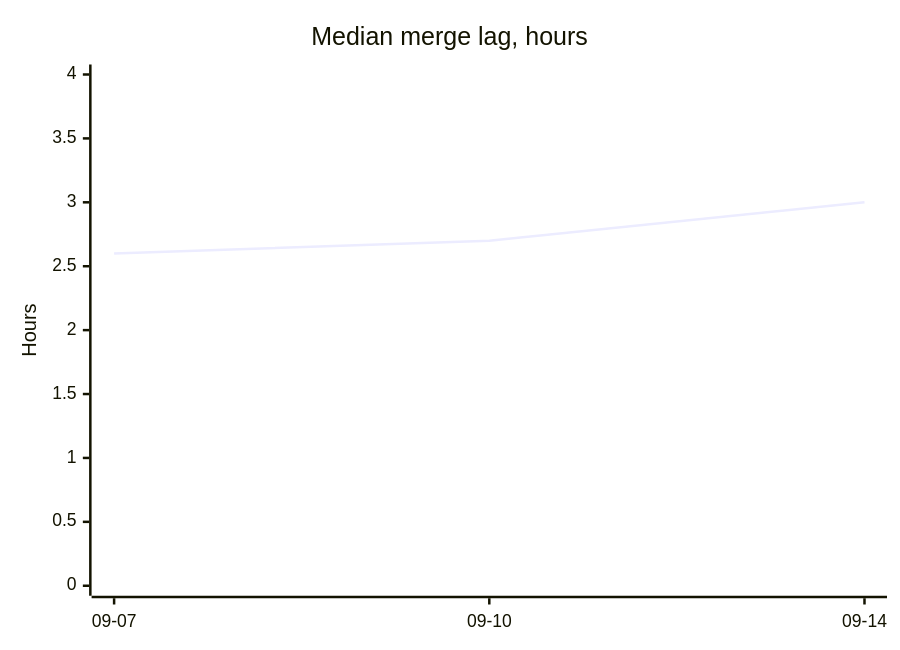
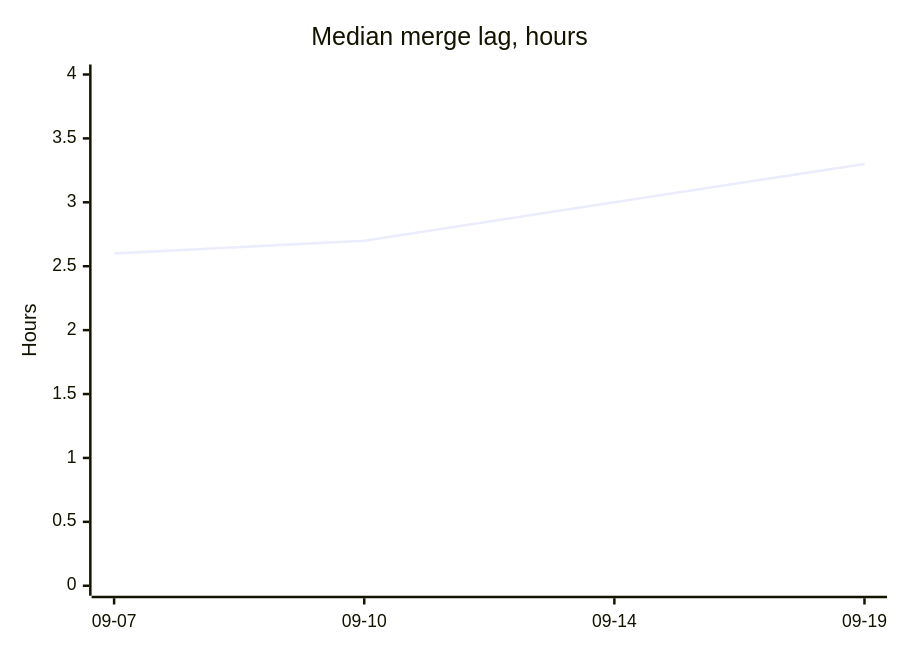
One commit to EY3G0R3/bernstein changed the second of 3 diagrams in project-pulse.md. Above: the diagram before and after it, drawn with Mermaid. The commit also changed other lines of this file and 4 other files, not shown here.

````diff
--- a/project-pulse.md
+++ b/project-pulse.md
@@ -26,7 +26,7 @@
 ```mermaid
 xychart-beta
     title "Median merge lag, hours"
-    x-axis ["09-07", "09-10", "09-14"]
+    x-axis ["09-07", "09-10", "09-14", "09-19"]
     y-axis "Hours" 0 --> 4
-    line [2.6, 2.7, 3.0]
+    line [2.6, 2.7, 3.0, 3.3]
 ```
````
